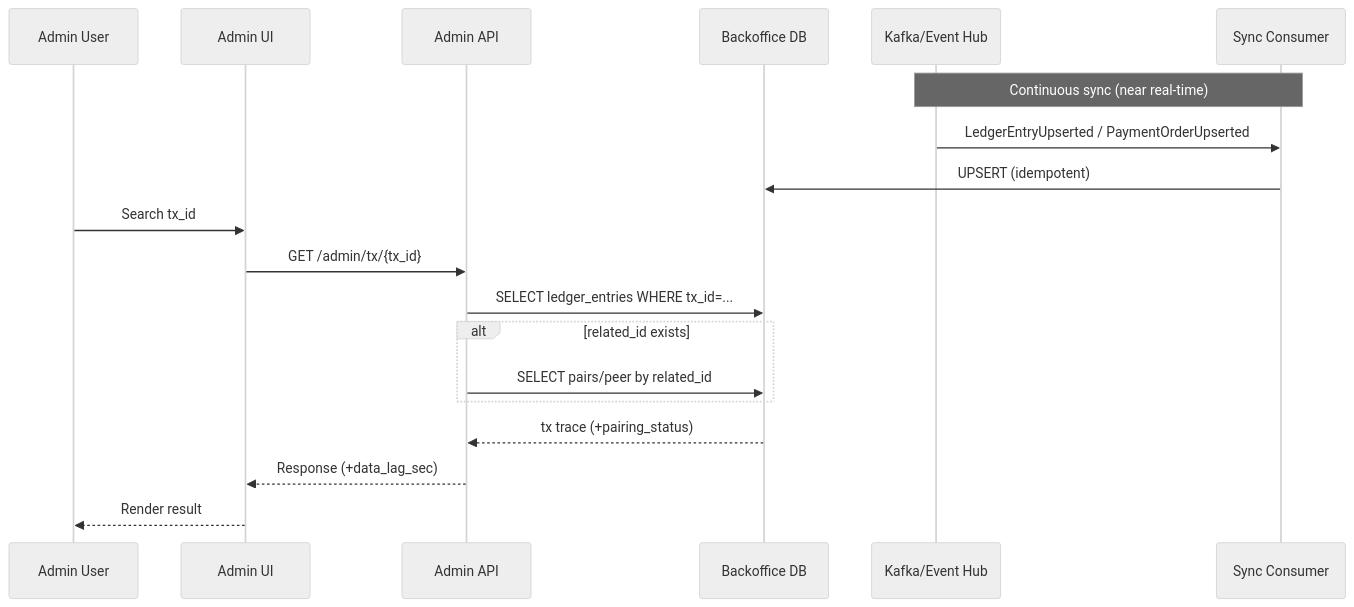
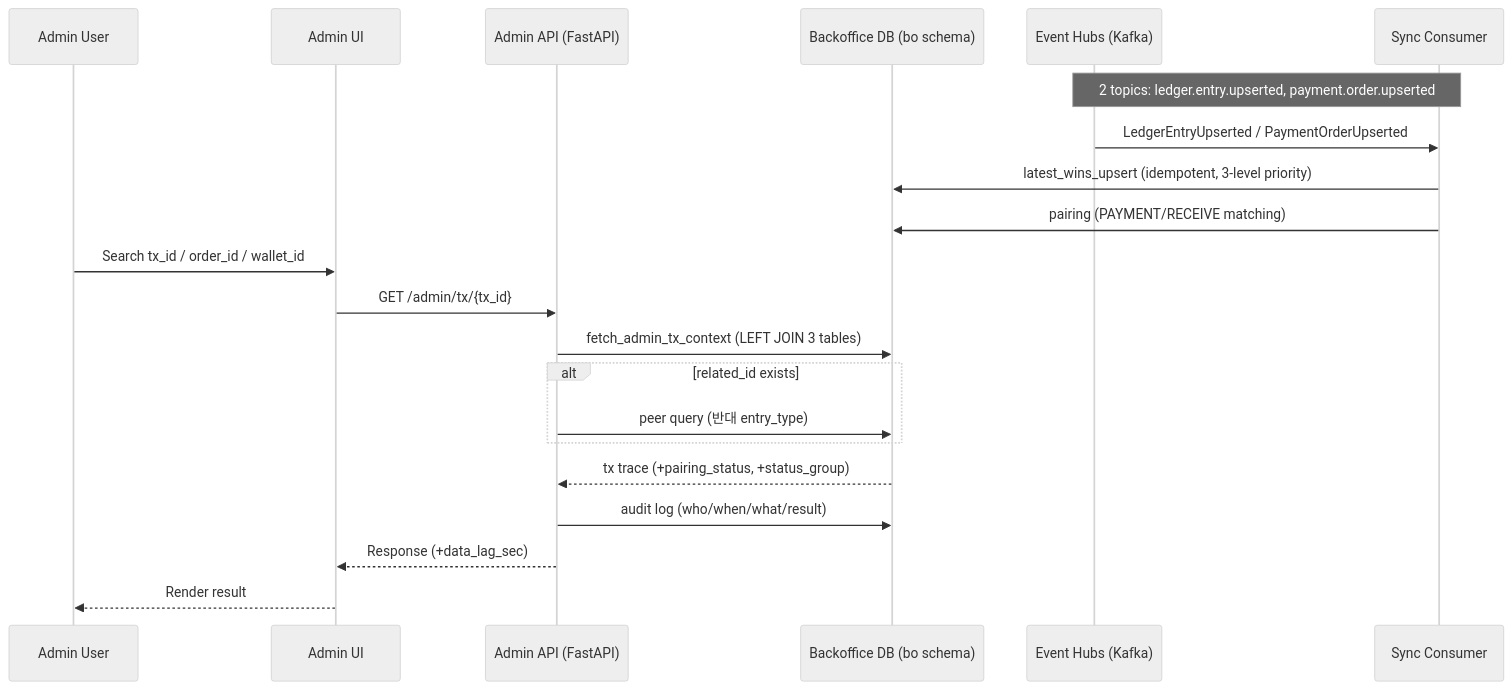
One commit to Naver-Dunamu-Merge-TF/NSC-Document changed the third of 3 diagrams in Document Standardization Page/2. 시스템 설계 단계 (System Design)/2.1.1 통제 및 분석 레이어 아키텍쳐 (controls analytics layer architecture).md. Above: the diagram before and after it, drawn with Mermaid (neutral theme). The commit also changed other lines of this file, not shown here.

````diff
--- a/Document Standardization Page/2. 시스템 설계 단계 (System Design)/2.1.1 통제 및 분석 레이어 아키텍쳐 (controls analytics layer architecture).md
+++ b/Document Standardization Page/2. 시스템 설계 단계 (System Design)/2.1.1 통제 및 분석 레이어 아키텍쳐 (controls analytics layer architecture).md
@@ -185,23 +461,25 @@
 ```mermaid
 sequenceDiagram
   participant Admin as Admin User
   participant UI as Admin UI
-  participant API as Admin API
-  participant DB as Backoffice DB
-  participant BUS as Kafka/Event Hub
+  participant API as Admin API (FastAPI)
+  participant DB as Backoffice DB (bo schema)
+  participant BUS as Event Hubs (Kafka)
   participant C as Sync Consumer
 
-  Note over BUS,C: Continuous sync (near real-time)
+  Note over BUS,C: 2 topics: ledger.entry.upserted, payment.order.upserted
   BUS->>C: LedgerEntryUpserted / PaymentOrderUpserted
-  C->>DB: UPSERT (idempotent)
+  C->>DB: latest_wins_upsert (idempotent, 3-level priority)
+  C->>DB: pairing (PAYMENT/RECEIVE matching)
 
-  Admin->>UI: Search tx_id
+  Admin->>UI: Search tx_id / order_id / wallet_id
   UI->>API: GET /admin/tx/{tx_id}
-  API->>DB: SELECT ledger_entries WHERE tx_id=...
+  API->>DB: fetch_admin_tx_context (LEFT JOIN 3 tables)
   alt related_id exists
-    API->>DB: SELECT pairs/peer by related_id
+    API->>DB: peer query (반대 entry_type)
   end
-  DB-->>API: tx trace (+pairing_status)
+  DB-->>API: tx trace (+pairing_status, +status_group)
+  API->>DB: audit log (who/when/what/result)
   API-->>UI: Response (+data_lag_sec)
   UI-->>Admin: Render result
 ```
````
